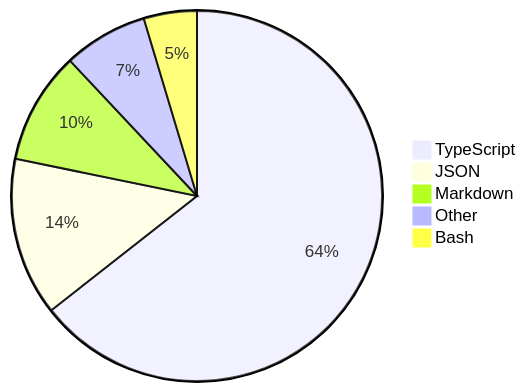
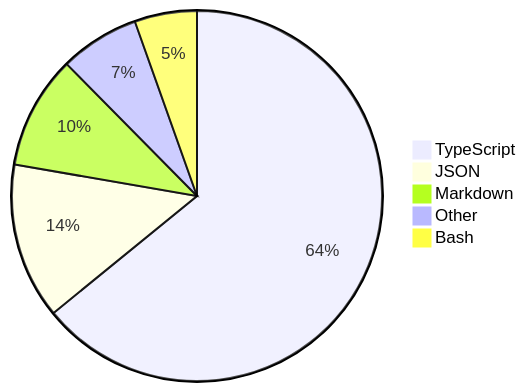
Before and after one commit to skvggor/skvggor: the diagram in README.md, drawn with Mermaid.

Commit message:
Updated waka-readme graph with new metrics

````diff
--- a/README.md
+++ b/README.md
@@ -28,8 +28,8 @@
 ```mermaid
 pie
-    "TypeScript" : 63.9
-    "JSON" : 13.7
-    "Markdown" : 9.7
-    "Other" : 7.3
-    "Bash" : 4.6
+    "TypeScript" : 63.6
+    "JSON" : 13.5
+    "Markdown" : 9.8
+    "Other" : 6.9
+    "Bash" : 5.4
 ```
````
